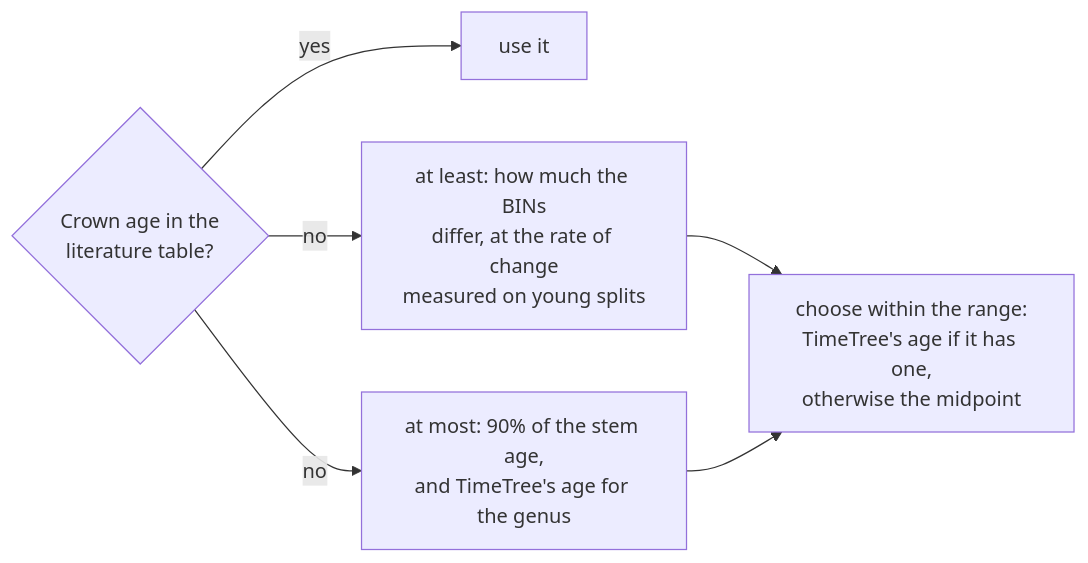
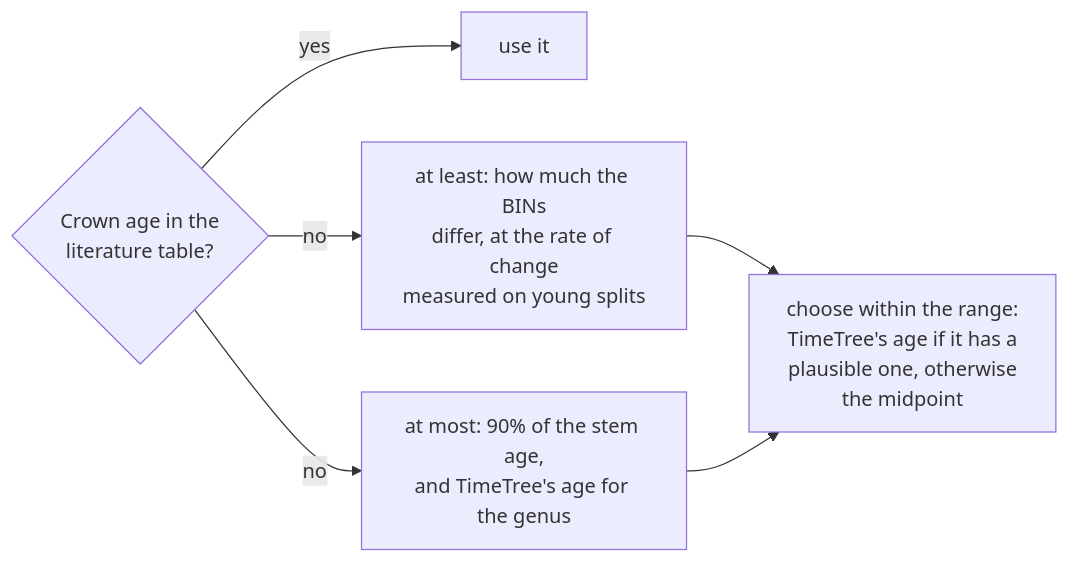
Before and after one commit to naturalis/timegraft: the third of 5 diagrams in docs/science/how-it-works.md, drawn with Mermaid. The commit also changed other lines of this file and 15 other files, not shown here.

````diff
--- a/docs/science/how-it-works.md
+++ b/docs/science/how-it-works.md
@@ -66,8 +71,8 @@
 ```mermaid
 flowchart LR
     q{"Crown age in the<br/>literature table?"} -->|"yes"| use1["use it"]
     q -->|"no"| low["at least: how much the BINs<br/>differ, at the rate of change<br/>measured on young splits"]
     q -->|"no"| up["at most: 90% of the stem age,<br/>and TimeTree's age for the genus"]
-    low --> pick["choose within the range:<br/>TimeTree's age if it has one,<br/>otherwise the midpoint"]
+    low --> pick["choose within the range:<br/>TimeTree's age if it has a<br/>plausible one, otherwise<br/>the midpoint"]
     up --> pick
 ```
````
